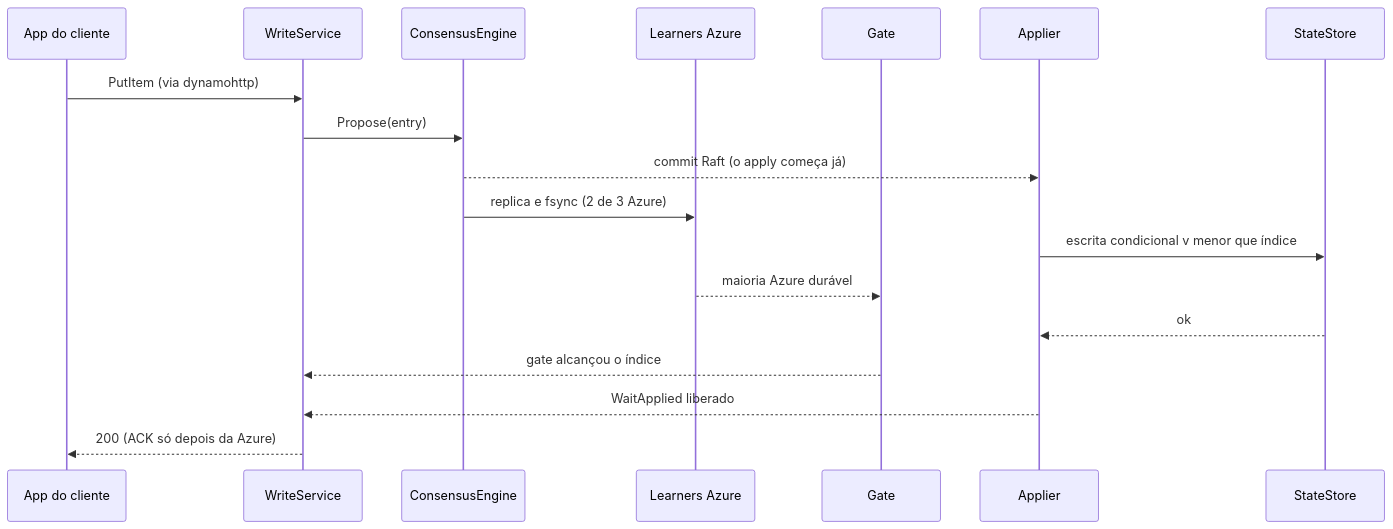
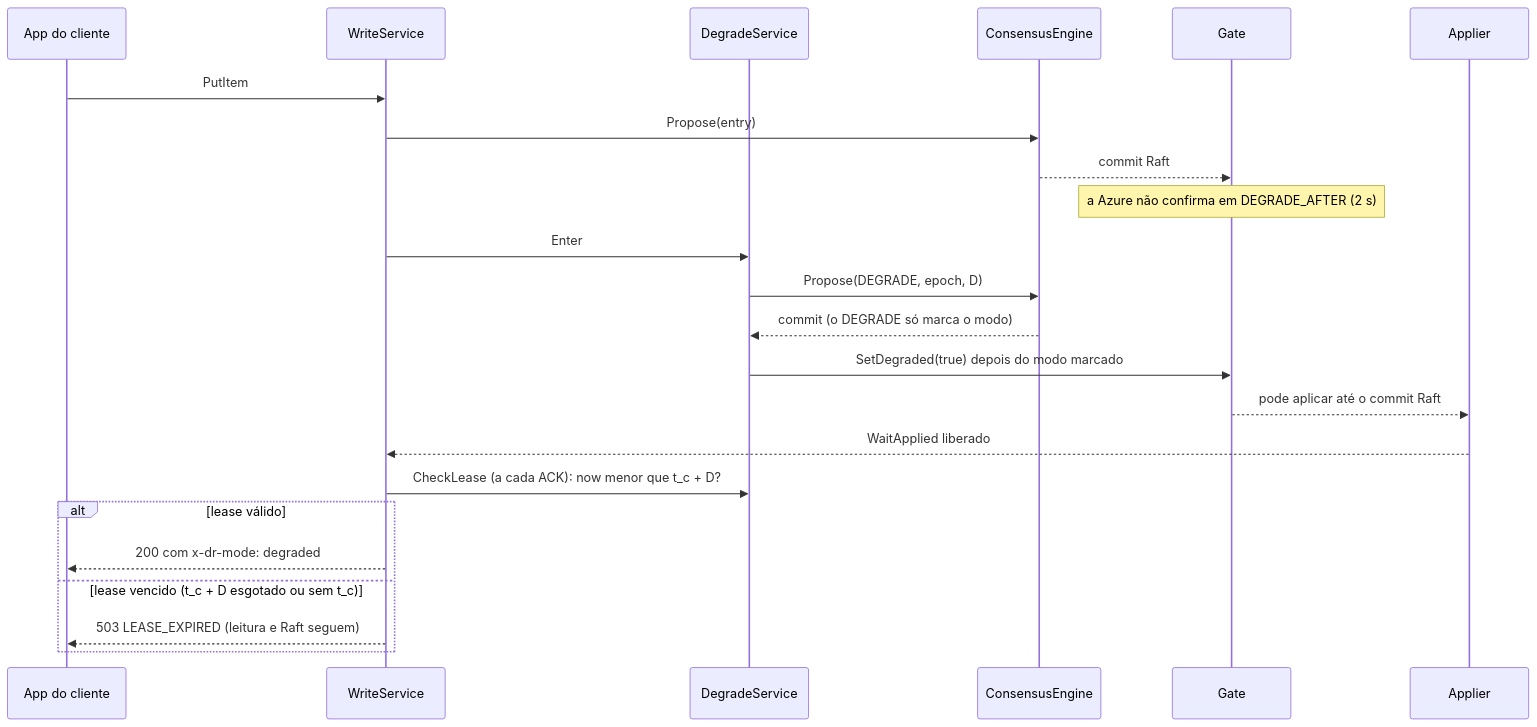
One commit to brbarmex/k changed the fifth of 10 diagrams in 05_implementacao/02_desenho_e_diagramas.md. Above: the diagram before and after it, drawn with Mermaid. The commit also changed other lines of this file and 139 other files, not shown here.

````diff
--- a/05_implementacao/02_desenho_e_diagramas.md
+++ b/05_implementacao/02_desenho_e_diagramas.md
@@ -169,20 +172,25 @@
 ```mermaid
 sequenceDiagram
     participant App as App do cliente
     participant W as WriteService
+    participant D as DegradeService
     participant C as ConsensusEngine
-    participant Az as Learners Azure
     participant G as Gate
     participant AP as Applier
-    participant DB as StateStore
-    App->>W: PutItem (via dynamohttp)
+    App->>W: PutItem
     W->>C: Propose(entry)
-    C-->>AP: commit Raft (o apply começa já)
-    C->>Az: replica e fsync (2 de 3 Azure)
-    AP->>DB: escrita condicional v menor que índice
-    Az-->>G: maioria Azure durável
-    DB-->>AP: ok
-    G-->>W: gate alcançou o índice
+    C-->>G: commit Raft
+    Note over G: a Azure não confirma em DEGRADE_AFTER (2 s)
+    W->>D: Enter
+    D->>C: Propose(DEGRADE, epoch, D)
+    C-->>D: commit (o DEGRADE só marca o modo)
+    D->>G: SetDegraded(true) depois do modo marcado
+    G-->>AP: pode aplicar até o commit Raft
     AP-->>W: WaitApplied liberado
-    W-->>App: 200 (ACK só depois da Azure)
+    W->>D: CheckLease (a cada ACK): now menor que t_c + D?
+    alt lease válido
+        W-->>App: 200 com x-dr-mode: degraded
+    else lease vencido (t_c + D esgotado ou sem t_c)
+        W-->>App: 503 LEASE_EXPIRED (leitura e Raft seguem)
+    end
 ```
````
